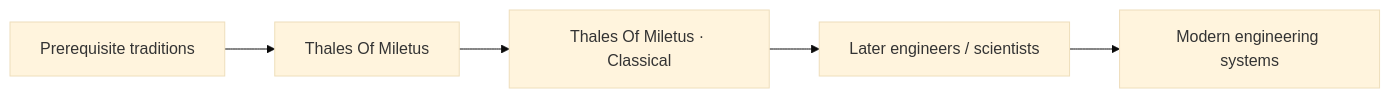
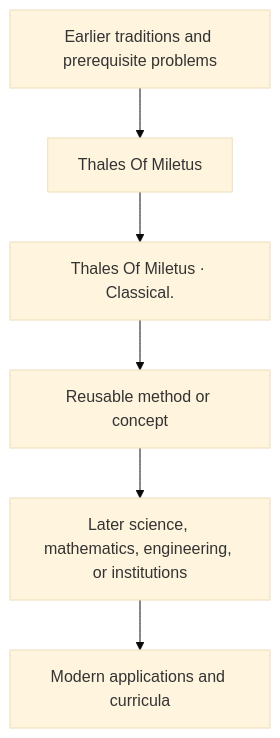
The diagram in docs/history/thales-of-miletus/influence.md (via-decide/ViaLogic), drawn with Mermaid (base theme) before and after one commit. The commit also changed other lines of this file and 858 other files, not shown here.

````diff
--- a/docs/history/thales-of-miletus/influence.md
+++ b/docs/history/thales-of-miletus/influence.md
@@ -29,7 +16,8 @@
 ```mermaid
-graph LR
-  prerequisites["Prerequisite traditions"] --> current["Thales Of Miletus"]
-  current --> contribution["Thales Of Miletus · Classical"]
-  contribution --> successors["Later engineers / scientists"]
-  successors --> modern["Modern engineering systems"]
+graph TD
+  Prior[Earlier traditions and prerequisite problems] --> Person[Thales Of Miletus]
+  Person --> Contribution[Thales Of Miletus · Classical.]
+  Contribution --> Method[Reusable method or concept]
+  Method --> Later[Later science, mathematics, engineering, or institutions]
+  Later --> Modern[Modern applications and curricula]
 ```
````
